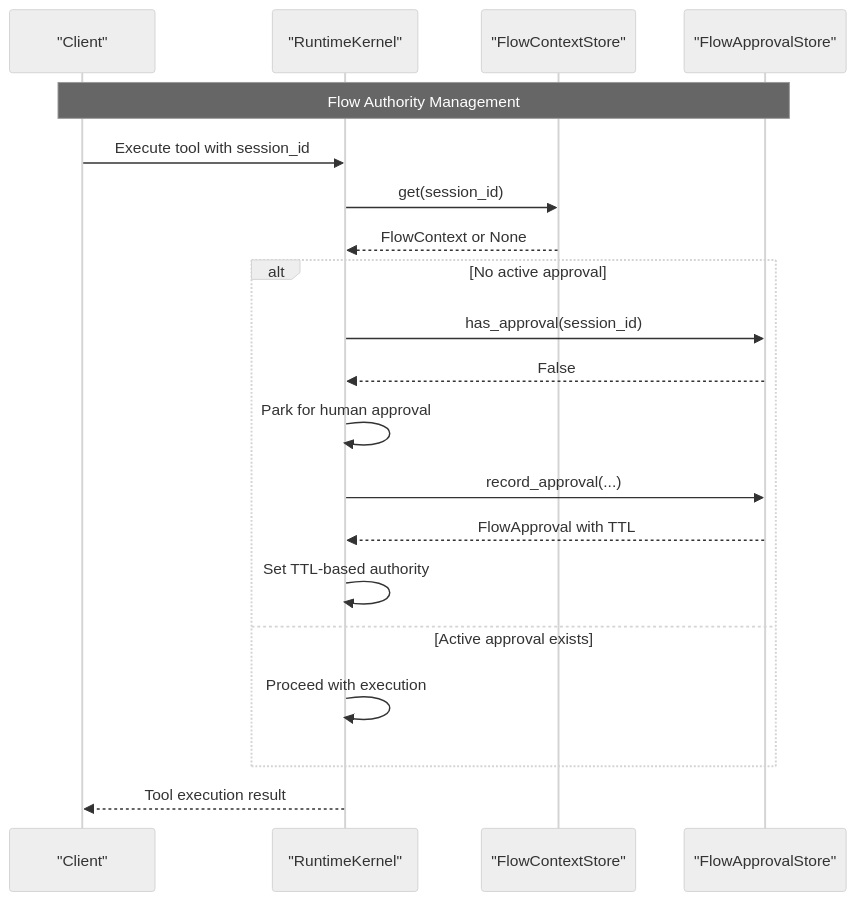
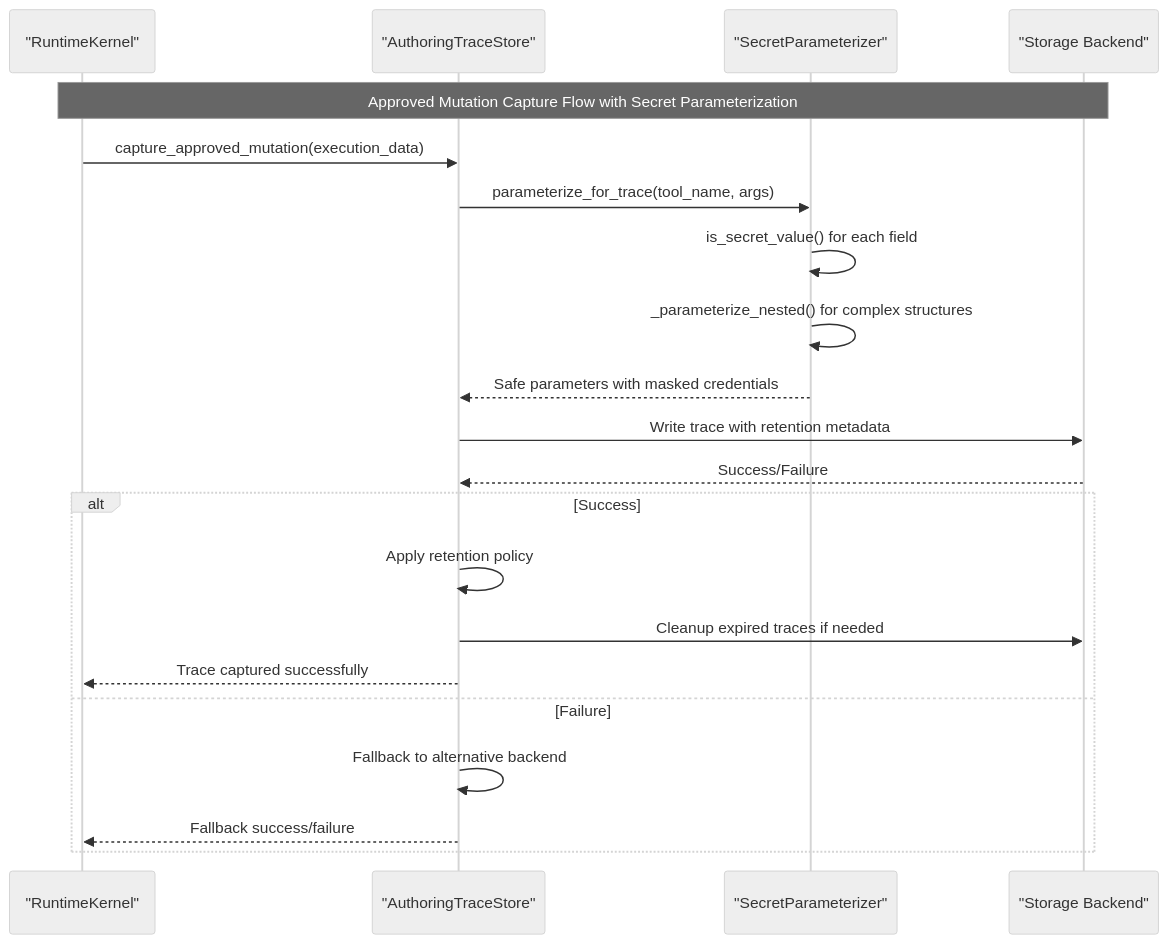
The seventh of 41 diagrams in .qoder/repowiki/en/content/Agent Platform Service/Agent Platform Service.md (metasync/luban-aiops), drawn with Mermaid (neutral theme) before and after one commit. The commit also changed other lines of this file and 48 other files, not shown here.

````diff
--- a/.qoder/repowiki/en/content/Agent Platform Service/Agent Platform Service.md
+++ b/.qoder/repowiki/en/content/Agent Platform Service/Agent Platform Service.md
@@ -766,22 +907,23 @@
 ```mermaid
 sequenceDiagram
-participant Client as "Client"
 participant Kernel as "RuntimeKernel"
-participant FlowStore as "FlowContextStore"
-participant ApprovalStore as "FlowApprovalStore"
-Note over Client,ApprovalStore : Flow Authority Management
-Client->>Kernel : Execute tool with session_id
-Kernel->>FlowStore : get(session_id)
-FlowStore-->>Kernel : FlowContext or None
-alt No active approval
-Kernel->>ApprovalStore : has_approval(session_id)
-ApprovalStore-->>Kernel : False
-Kernel->>Kernel : Park for human approval
-Kernel->>ApprovalStore : record_approval(...)
-ApprovalStore-->>Kernel : FlowApproval with TTL
-Kernel->>Kernel : Set TTL-based authority
-else Active approval exists
-Kernel->>Kernel : Proceed with execution
+participant TraceStore as "AuthoringTraceStore"
+participant SecretParams as "SecretParameterizer"
+participant Backend as "Storage Backend"
+Note over Kernel,Backend : Approved Mutation Capture Flow with Secret Parameterization
+Kernel->>TraceStore : capture_approved_mutation(execution_data)
+TraceStore->>SecretParams : parameterize_for_trace(tool_name, args)
+SecretParams->>SecretParams : is_secret_value() for each field
+SecretParams->>SecretParams : _parameterize_nested() for complex structures
+SecretParams-->>TraceStore : Safe parameters with masked credentials
+TraceStore->>Backend : Write trace with retention metadata
+Backend-->>TraceStore : Success/Failure
+alt Success
+TraceStore->>TraceStore : Apply retention policy
+TraceStore->>Backend : Cleanup expired traces if needed
+TraceStore-->>Kernel : Trace captured successfully
+else Failure
+TraceStore->>TraceStore : Fallback to alternative backend
+TraceStore-->>Kernel : Fallback success/failure
 end
-Kernel-->>Client : Tool execution result
 ```
````
